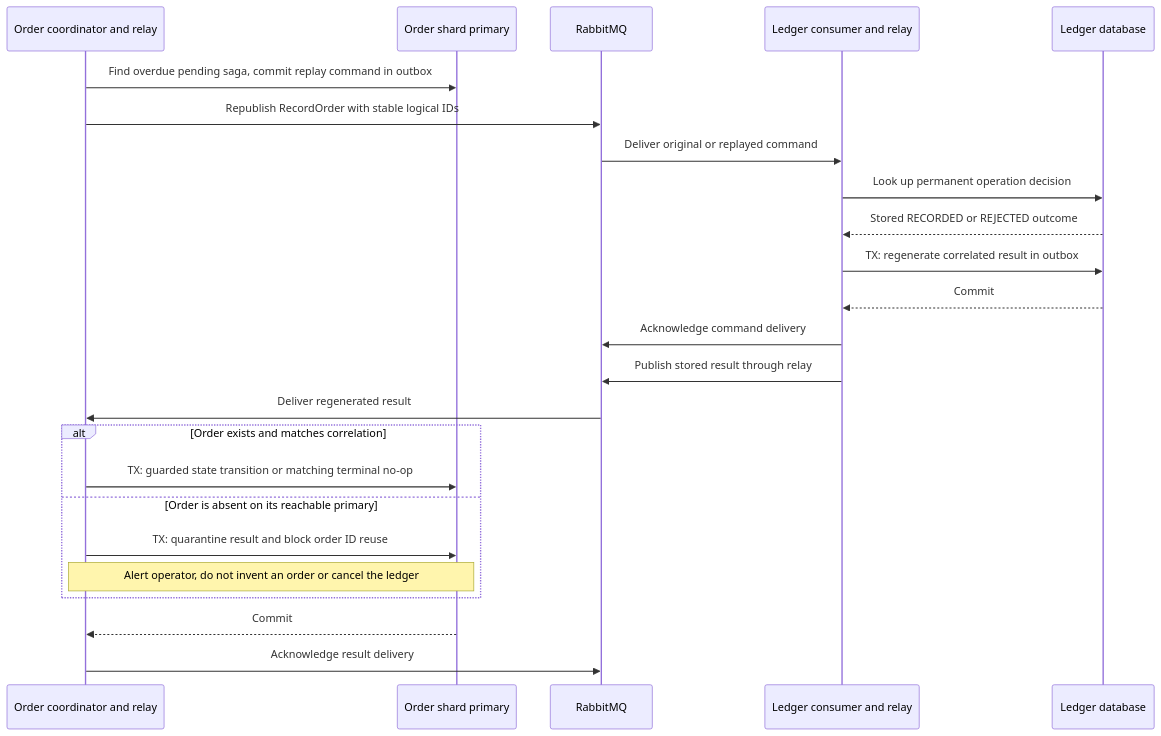
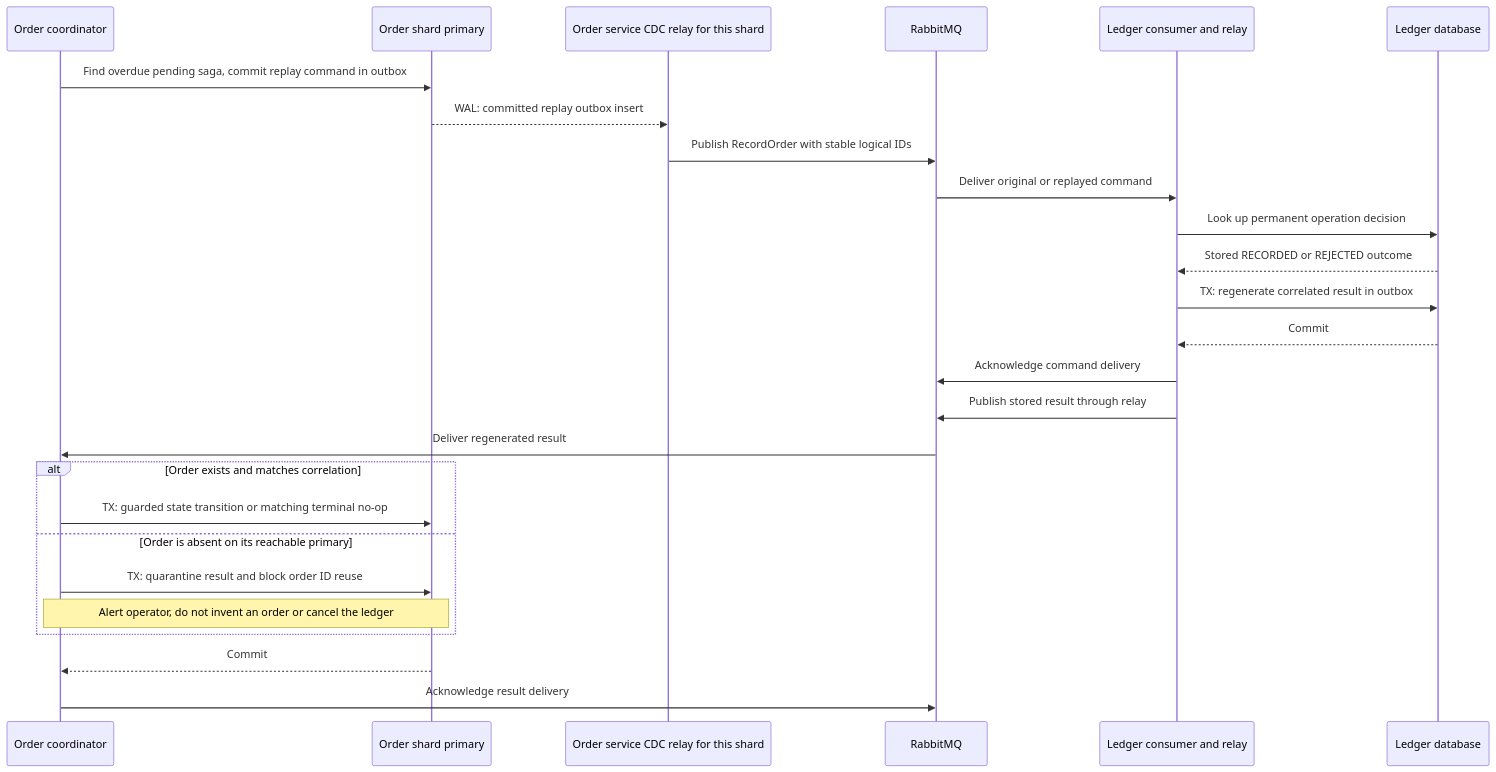
The seventh of 7 diagrams in microservices/shardshop/ARCHITECTURE.md (nklip/JavaCraft), drawn with Mermaid before and after one commit. The commit also changed other lines of this file and 6 other files, not shown here.

````diff
--- a/microservices/shardshop/ARCHITECTURE.md
+++ b/microservices/shardshop/ARCHITECTURE.md
@@ -694,27 +809,29 @@
 ```mermaid
 sequenceDiagram
-    participant Order as Order coordinator and relay
+    participant Order as Order coordinator
     participant DB as Order shard primary
+    participant CDC as Order service CDC relay for this shard
     participant MQ as RabbitMQ
     participant Ledger as Ledger consumer and relay
     participant LDB as Ledger database
 
     Order->>DB: Find overdue pending saga, commit replay command in outbox
-    Order->>MQ: Republish RecordOrder with stable logical IDs
+    DB-->>CDC: WAL: committed replay outbox insert
+    CDC->>MQ: Publish RecordOrder with stable logical IDs
     MQ->>Ledger: Deliver original or replayed command
     Ledger->>LDB: Look up permanent operation decision
     LDB-->>Ledger: Stored RECORDED or REJECTED outcome
     Ledger->>LDB: TX: regenerate correlated result in outbox
     LDB-->>Ledger: Commit
     Ledger->>MQ: Acknowledge command delivery
     Ledger->>MQ: Publish stored result through relay
     MQ->>Order: Deliver regenerated result
     alt Order exists and matches correlation
         Order->>DB: TX: guarded state transition or matching terminal no-op
     else Order is absent on its reachable primary
         Order->>DB: TX: quarantine result and block order ID reuse
         Note over Order,DB: Alert operator, do not invent an order or cancel the ledger
     end
     DB-->>Order: Commit
     Order->>MQ: Acknowledge result delivery
 ```
````
